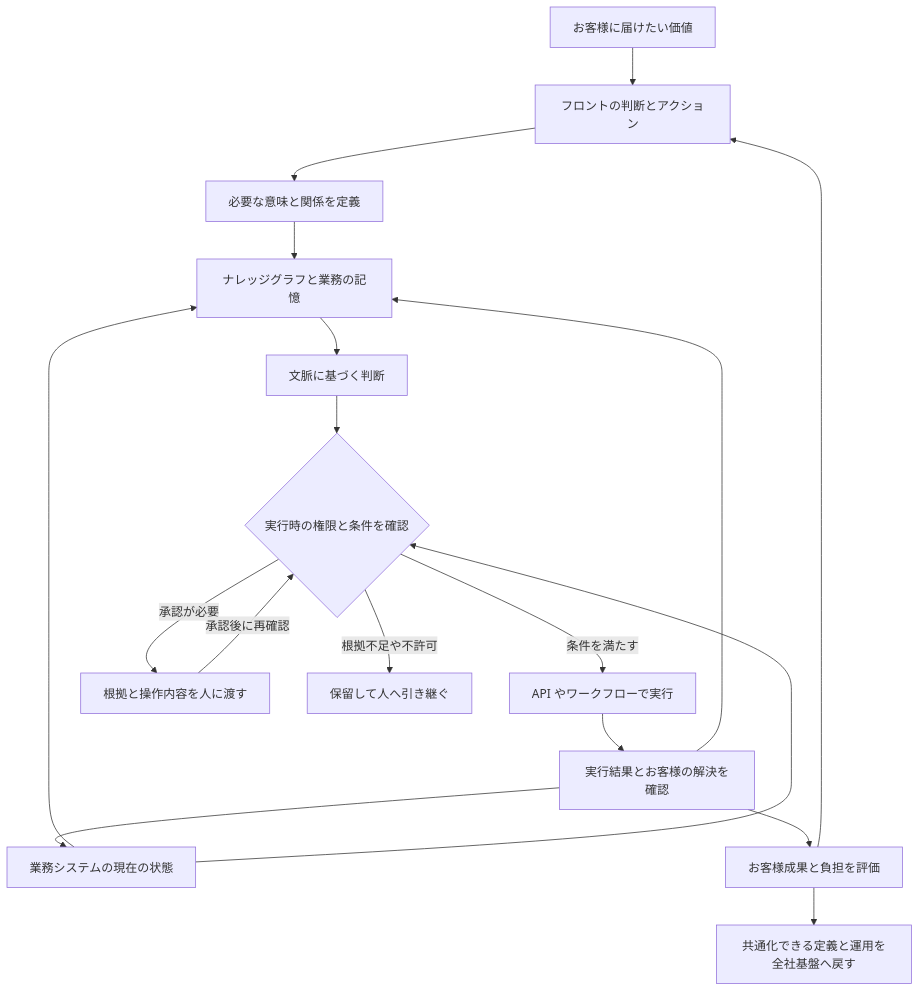
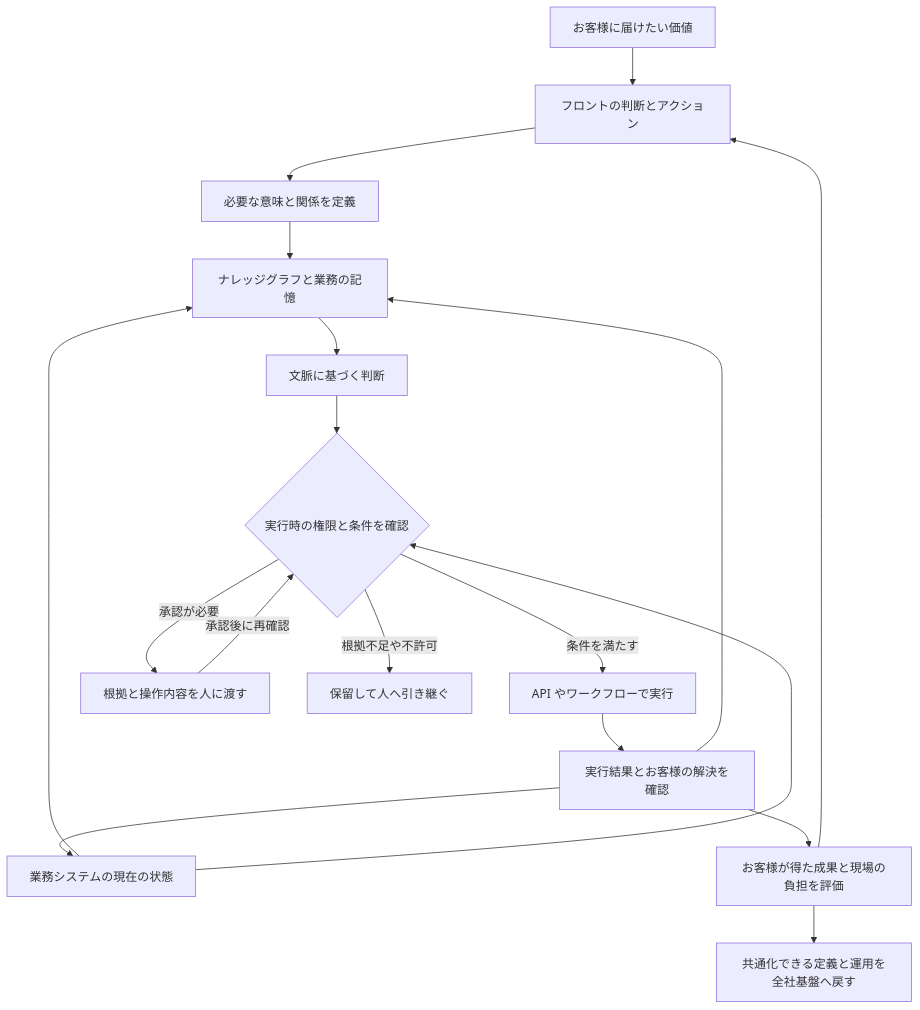
Before and after one commit to DevRev-JP/tech-blog: the diagram in articles/ai-leverage-customer-front.md, drawn with Mermaid. The commit also changed other lines of this file, not shown here.

````diff
--- a/articles/ai-leverage-customer-front.md
+++ b/articles/ai-leverage-customer-front.md
@@ -216,20 +216,20 @@
 ```mermaid
 flowchart TD
   A[お客様に届けたい価値] --> B[フロントの判断とアクション]
   B --> C[必要な意味と関係を定義]
   C --> M[ナレッジグラフと業務の記憶]
   S[業務システムの現在の状態] --> M
   M --> J[文脈に基づく判断]
   J --> P{実行時の権限と条件を確認}
   S --> P
   P -->|条件を満たす| X[API やワークフローで実行]
   P -->|承認が必要| H[根拠と操作内容を人に渡す]
   H -->|承認後に再確認| P
   P -->|根拠不足や不許可| N[保留して人へ引き継ぐ]
   X --> R[実行結果とお客様の解決を確認]
   R --> S
   R --> M
-  R --> E[お客様成果と負担を評価]
+  R --> E[お客様が得た成果と現場の負担を評価]
   E --> B
   E --> G[共通化できる定義と運用を全社基盤へ戻す]
 ```
````
